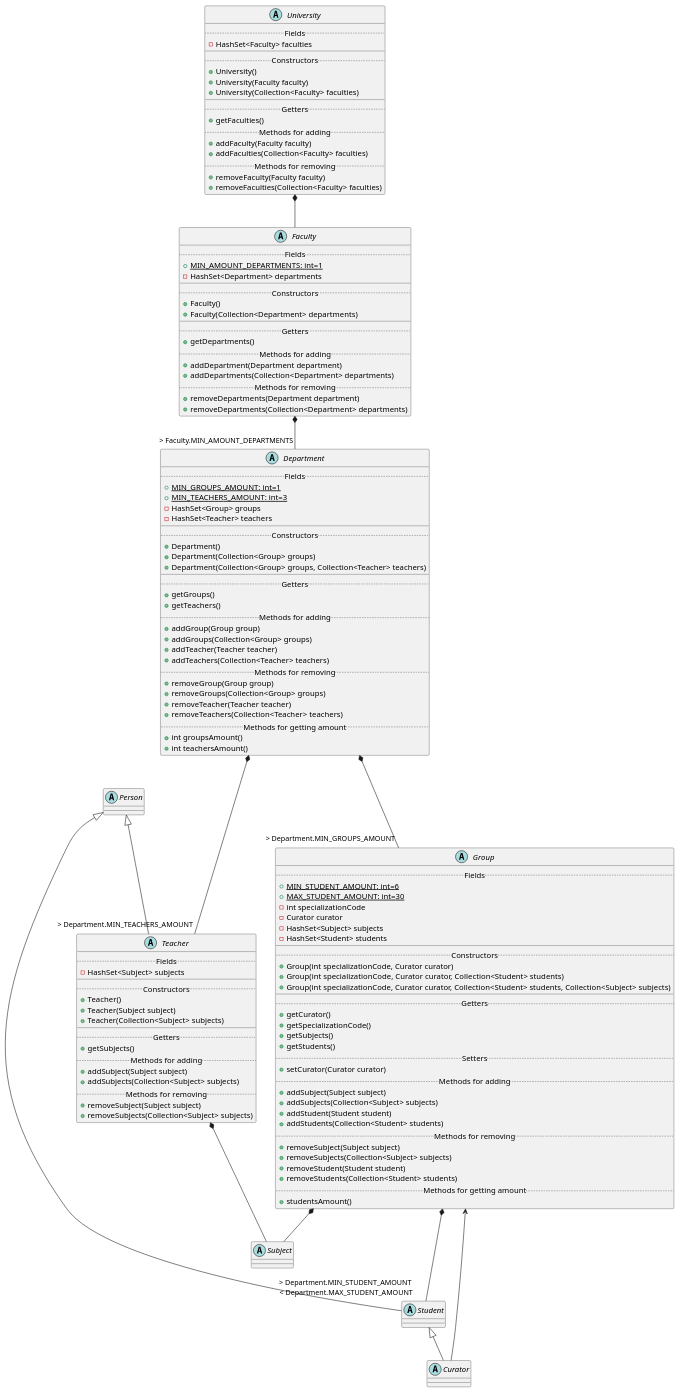
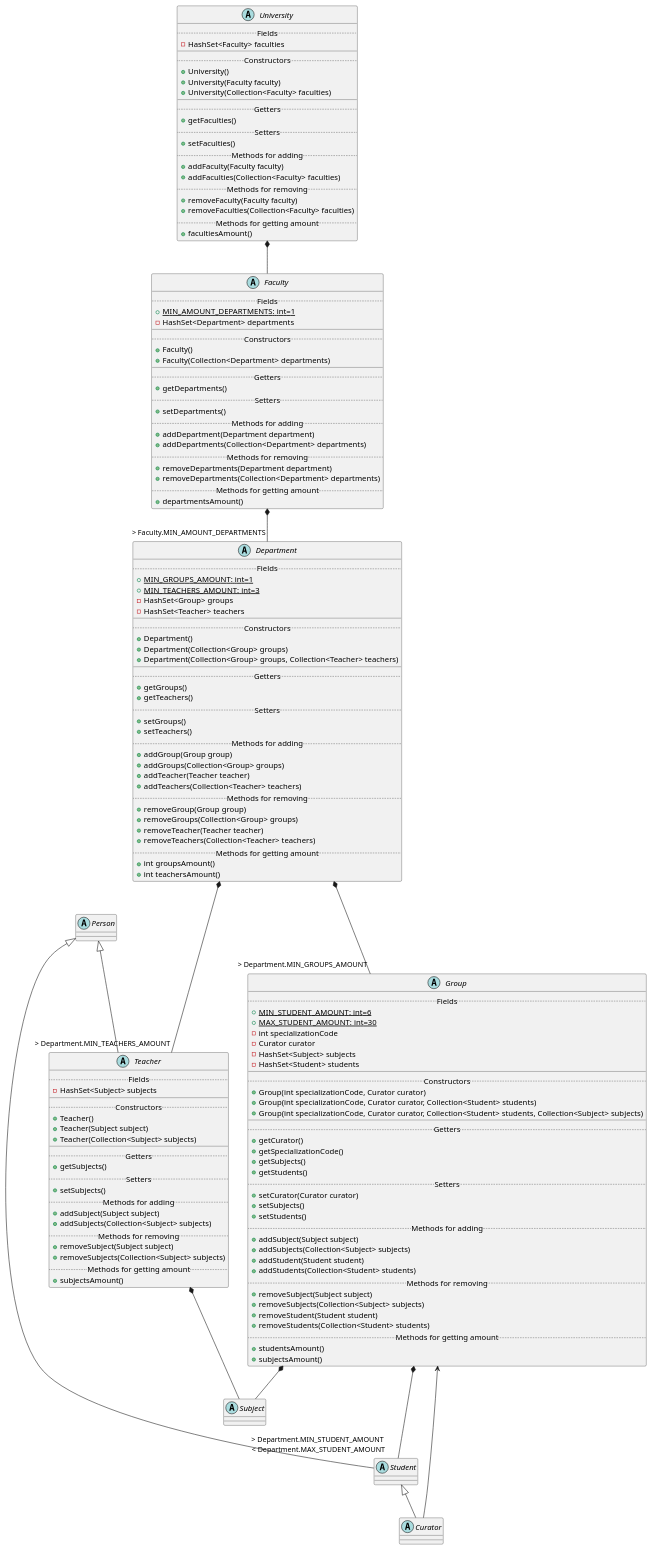
Before and after one commit to RomenKost2332Java/Task3: the diagram in subjectArea.puml, drawn with PlantUML. The commit also changed 6 other files, not shown here.

Commit message:
Added setters in classes Department, Faculty, Group, Teacher and University. Created UML diagram.

```diff
--- a/subjectArea.puml
+++ b/subjectArea.puml
@@ -1,142 +1,160 @@
 @startuml
 abstract class University {
 .. Fields ..
 -HashSet<Faculty> faculties
 ____
 .. Constructors ..
 +University()
 +University(Faculty faculty)
 +University(Collection<Faculty> faculties)
 ____
 .. Getters ..
 +getFaculties()
+.. Setters ..
++setFaculties()
 .. Methods for adding ..
 +addFaculty(Faculty faculty)
 +addFaculties(Collection<Faculty> faculties)
 .. Methods for removing ..
 +removeFaculty(Faculty faculty)
 +removeFaculties(Collection<Faculty> faculties)
+.. Methods for getting amount ..
++facultiesAmount()
 }
 
 abstract class Faculty{
 .. Fields ..
 +{static} MIN_AMOUNT_DEPARTMENTS: int=1
 -HashSet<Department> departments
 ____
 .. Constructors ..
 +Faculty()
 +Faculty(Collection<Department> departments)
 ____
 .. Getters ..
 +getDepartments()
+.. Setters ..
++setDepartments()
 .. Methods for adding ..
 +addDepartment(Department department)
 +addDepartments(Collection<Department> departments)
 .. Methods for removing ..
 +removeDepartments(Department department)
 +removeDepartments(Collection<Department> departments)
+.. Methods for getting amount ..
++departmentsAmount()
 }
 
 abstract class Department{
 .. Fields ..
 +{static}MIN_GROUPS_AMOUNT: int=1
 +{static}MIN_TEACHERS_AMOUNT: int=3
 -HashSet<Group> groups
 -HashSet<Teacher> teachers
 ____
 .. Constructors ..
 +Department()
 +Department(Collection<Group> groups)
 +Department(Collection<Group> groups, Collection<Teacher> teachers)
 ____
 .. Getters ..
 +getGroups()
 +getTeachers()
+.. Setters ..
++setGroups()
++setTeachers()
 .. Methods for adding ..
 +addGroup(Group group)
 +addGroups(Collection<Group> groups)
 +addTeacher(Teacher teacher)
 +addTeachers(Collection<Teacher> teachers)
 .. Methods for removing ..
 +removeGroup(Group group)
 +removeGroups(Collection<Group> groups)
 +removeTeacher(Teacher teacher)
 +removeTeachers(Collection<Teacher> teachers)
 .. Methods for getting amount ..
 +int groupsAmount()
 +int teachersAmount()
 }
 
 abstract class Group{
 .. Fields ..
 +{static}MIN_STUDENT_AMOUNT: int=6
 +{static}MAX_STUDENT_AMOUNT: int=30
 -int specializationCode
 -Curator curator
 -HashSet<Subject> subjects
 -HashSet<Student> students
 ____
 .. Constructors ..
 +Group(int specializationCode, Curator curator)
 +Group(int specializationCode, Curator curator, Collection<Student> students)
 +Group(int specializationCode, Curator curator, Collection<Student> students, Collection<Subject> subjects)
 ____
 .. Getters ..
 +getCurator()
 +getSpecializationCode()
 +getSubjects()
 +getStudents()
 .. Setters..
 +setCurator(Curator curator)
++setSubjects()
++setStudents()
 .. Methods for adding ..
 +addSubject(Subject subject)
 +addSubjects(Collection<Subject> subjects)
 +addStudent(Student student)
 +addStudents(Collection<Student> students)
 .. Methods for removing ..
 +removeSubject(Subject subject)
 +removeSubjects(Collection<Subject> subjects)
 +removeStudent(Student student)
 +removeStudents(Collection<Student> students)
 .. Methods for getting amount ..
 +studentsAmount()
++subjectsAmount()
 }
 
 abstract class Teacher{
 .. Fields ..
 -HashSet<Subject> subjects
 ____
 .. Constructors ..
 +Teacher()
 +Teacher(Subject subject)
 +Teacher(Collection<Subject> subjects)
 ____
 .. Getters ..
 +getSubjects()
+.. Setters ..
++setSubjects()
 .. Methods for adding ..
 +addSubject(Subject subject)
 +addSubjects(Collection<Subject> subjects)
 .. Methods for removing ..
 +removeSubject(Subject subject)
 +removeSubjects(Collection<Subject> subjects)
+.. Methods for getting amount ..
++subjectsAmount()
 }
 
 abstract class Student
 abstract class Subject
 abstract class Person
 abstract class Curator
 
 University *-- Faculty
 Faculty *-- "> Faculty.MIN_AMOUNT_DEPARTMENTS" Department
 Department *--- "> Department.MIN_GROUPS_AMOUNT" Group
 Department *--- "> Department.MIN_TEACHERS_AMOUNT" Teacher
 Group *--- "> Department.MIN_STUDENT_AMOUNT \n< Department.MAX_STUDENT_AMOUNT" Student
 Teacher *-- Subject
 Group *-- Subject
 
 Person <|-- Teacher
 Person <|-- Student
 Student <|-- Curator
 
 Group <-- Curator
 @enduml
```
